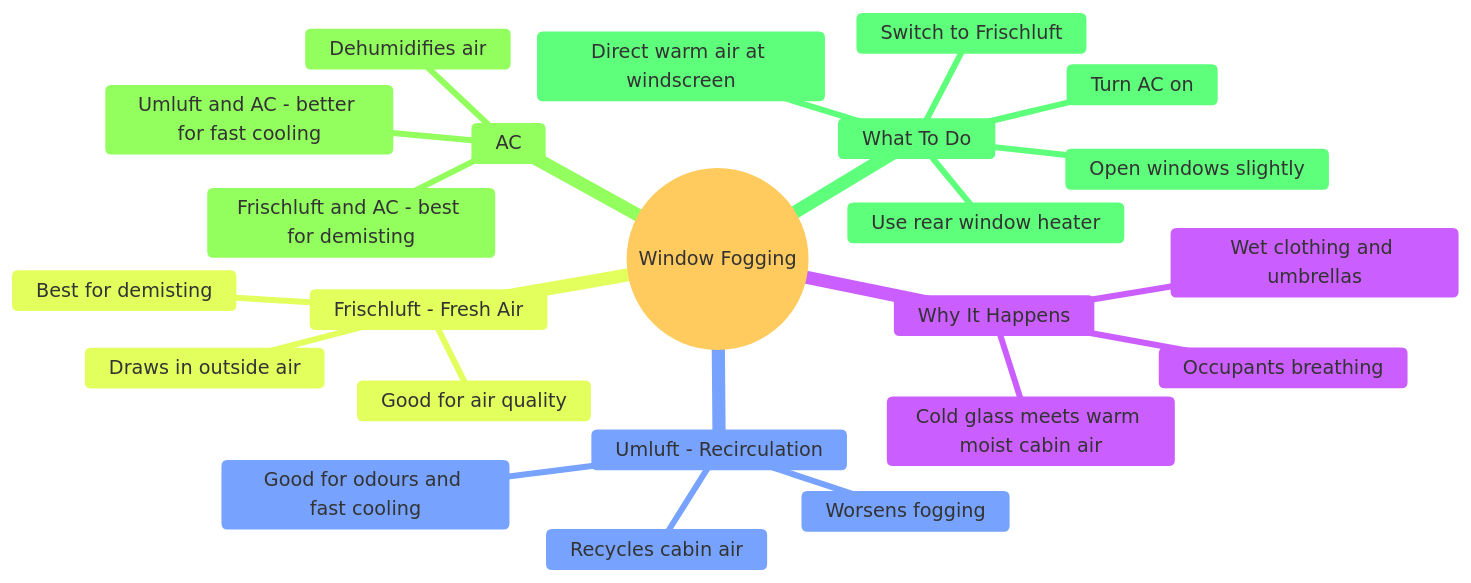
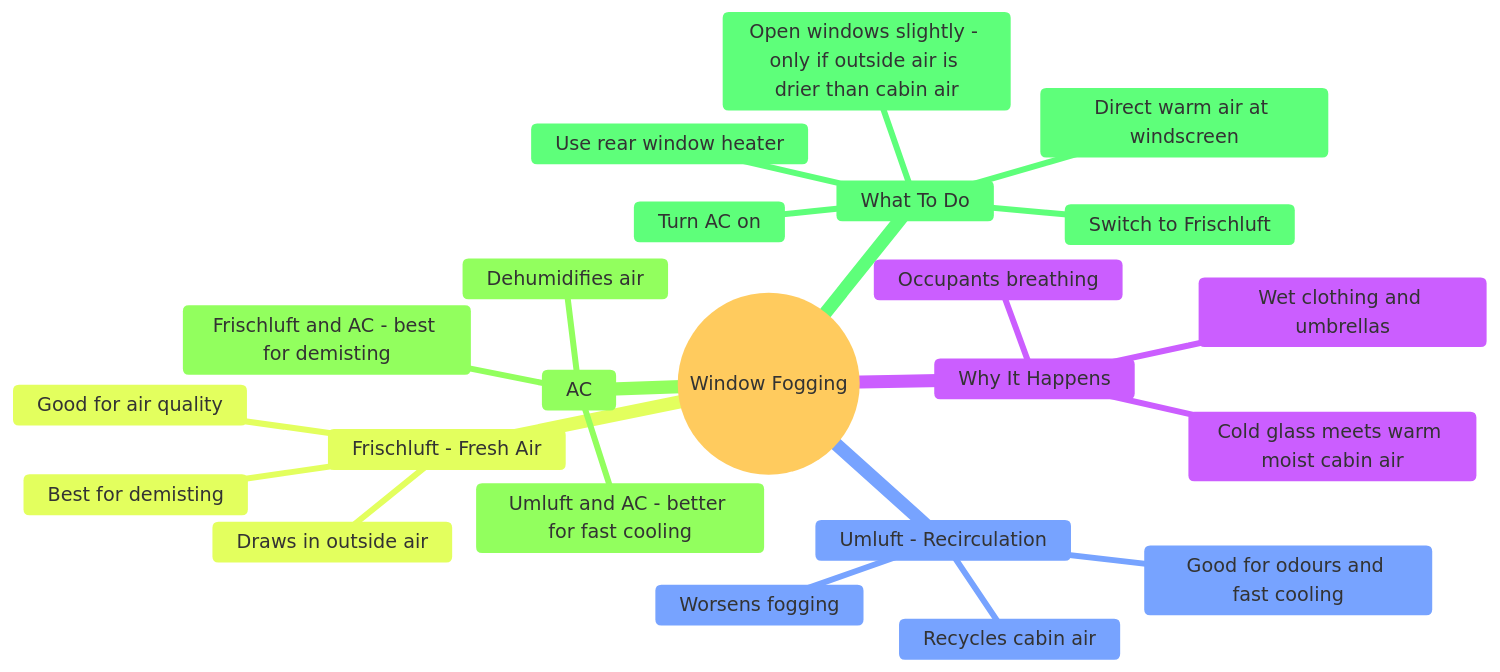
The diagram in md/window_fogging.md (JaSaltedChips/german-fuhrerschein-notes), drawn with Mermaid before and after one commit. The commit also changed other lines of this file, not shown here.

Commit message:
Add caveat to opening windows for demsiting - only effective when outside air is drier

````diff
--- a/md/window_fogging.md
+++ b/md/window_fogging.md
@@ -117,27 +117,27 @@
 ```mermaid
 %%{init: {'theme': 'base'}}%%
 mindmap
   root((Window Fogging))
     Why It Happens
       Cold glass meets warm moist cabin air
       Occupants breathing
       Wet clothing and umbrellas
     Umluft - Recirculation
       Recycles cabin air
       Worsens fogging
       Good for odours and fast cooling
     Frischluft - Fresh Air
       Draws in outside air
       Best for demisting
       Good for air quality
     AC
       Dehumidifies air
       Frischluft and AC - best for demisting
       Umluft and AC - better for fast cooling
     What To Do
       Switch to Frischluft
       Direct warm air at windscreen
       Turn AC on
-      Open windows slightly
+      Open windows slightly - only if outside air is drier than cabin air
       Use rear window heater
 ```
````
